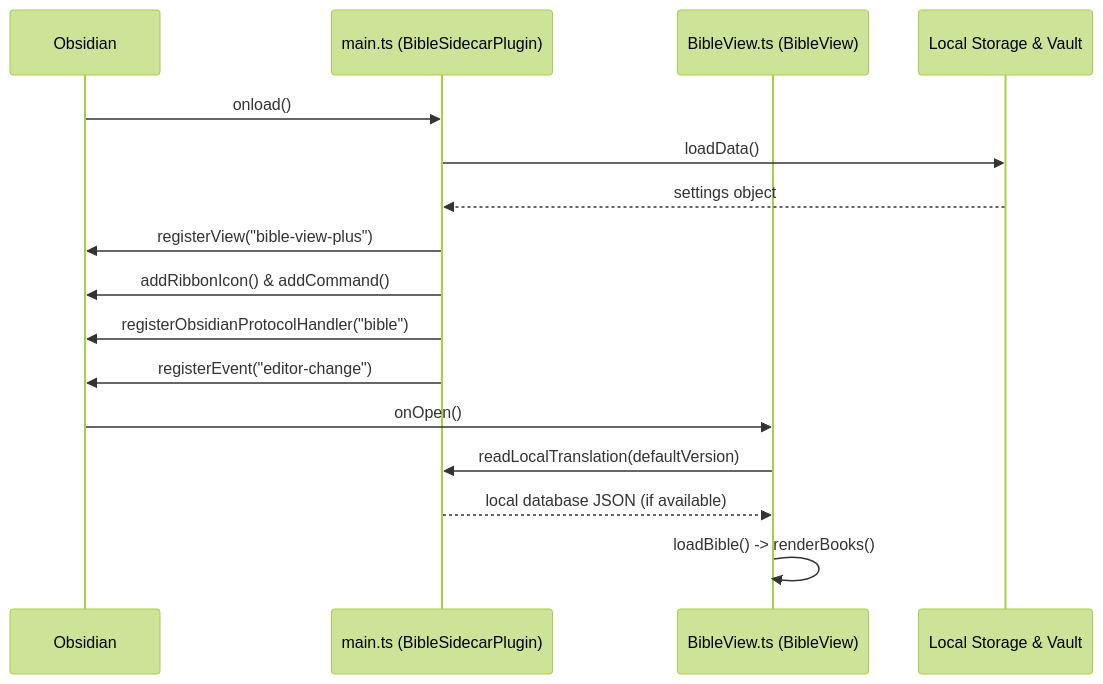
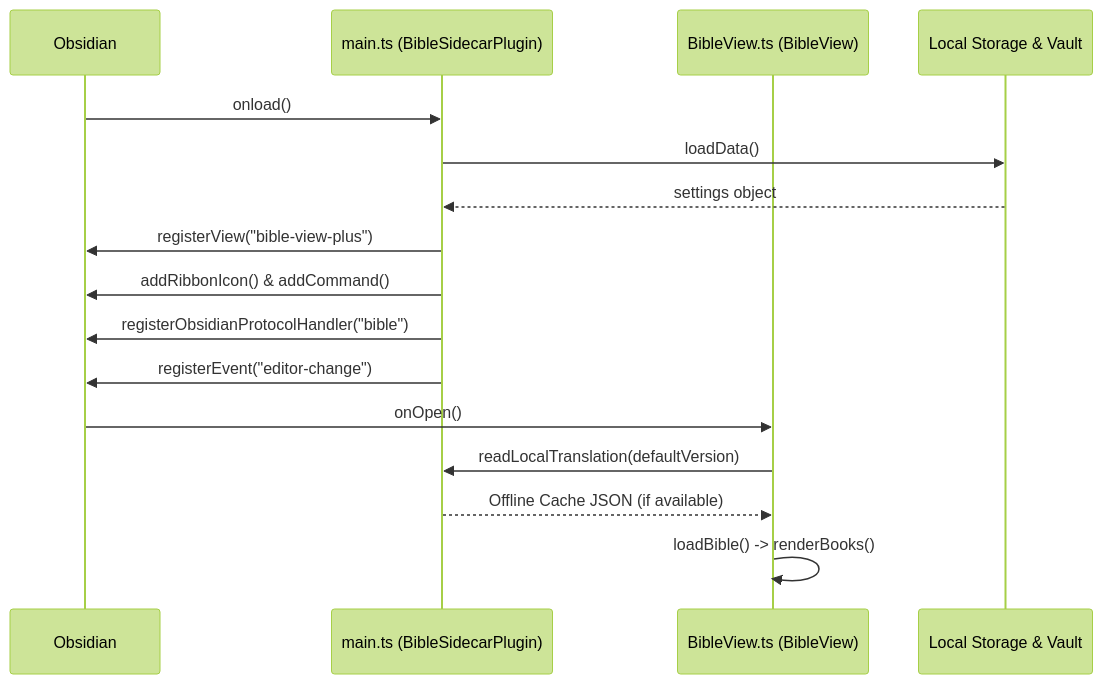
One commit to Chosen-Emperor/bible-sidecar-obsidian-plugin changed the diagram in .meta/data_flow.md. Above: the diagram before and after it, drawn with Mermaid (forest theme). The commit also changed other lines of this file and 21 other files, not shown here.

````diff
--- a/.meta/data_flow.md
+++ b/.meta/data_flow.md
@@ -11,19 +11,19 @@
 ```mermaid
 sequenceDiagram
     participant Obs as Obsidian
     participant Main as main.ts (BibleSidecarPlugin)
     participant View as BibleView.ts (BibleView)
     participant Storage as Local Storage & Vault
     
     Obs->>Main: onload()
     Main->>Storage: loadData()
     Storage-->>Main: settings object
     Main->>Obs: registerView("bible-view-plus")
     Main->>Obs: addRibbonIcon() & addCommand()
     Main->>Obs: registerObsidianProtocolHandler("bible")
     Main->>Obs: registerEvent("editor-change")
     Obs->>View: onOpen()
     View->>Main: readLocalTranslation(defaultVersion)
-    Main-->>View: local database JSON (if available)
+    Main-->>View: Offline Cache JSON (if available)
     View->>View: loadBible() -> renderBooks()
 ```
````
